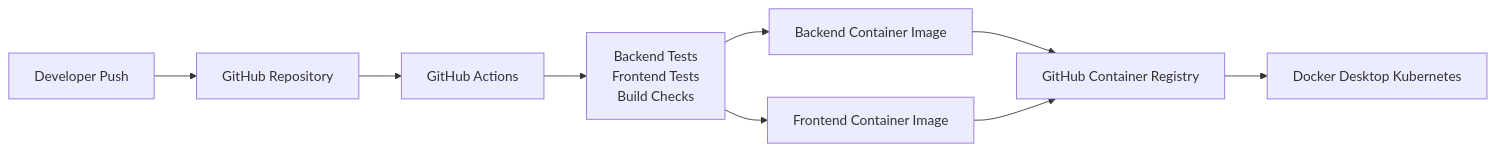
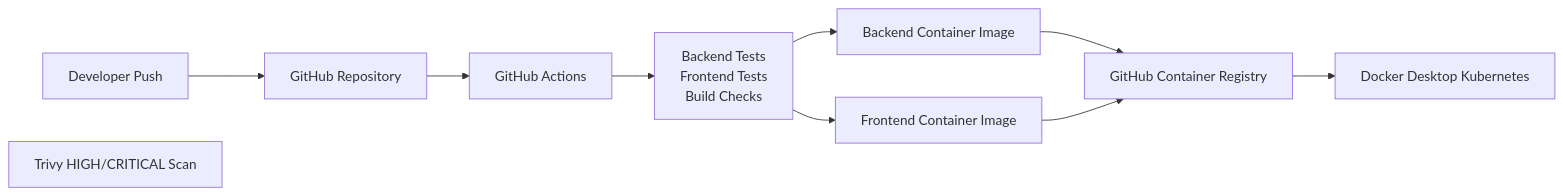
One commit to keith800x/requestflow changed the second of 3 diagrams in README.md. Above: the diagram before and after it, drawn with Mermaid. The commit also changed other lines of this file, not shown here.

````diff
--- a/README.md
+++ b/README.md
@@ -151,21 +162,22 @@
 ```mermaid
 flowchart LR
     Developer["Developer Push"]
     GitHub["GitHub Repository"]
     CI["GitHub Actions"]
 
     Tests["Backend Tests<br/>Frontend Tests<br/>Build Checks"]
     BackendImage["Backend Container Image"]
     FrontendImage["Frontend Container Image"]
+    Trivy["Trivy HIGH/CRITICAL Scan"]
     GHCR["GitHub Container Registry"]
     Kubernetes["Docker Desktop Kubernetes"]
 
     Developer --> GitHub
     GitHub --> CI
     CI --> Tests
     Tests --> BackendImage
     Tests --> FrontendImage
     BackendImage --> GHCR
     FrontendImage --> GHCR
     GHCR --> Kubernetes
 ```
````
